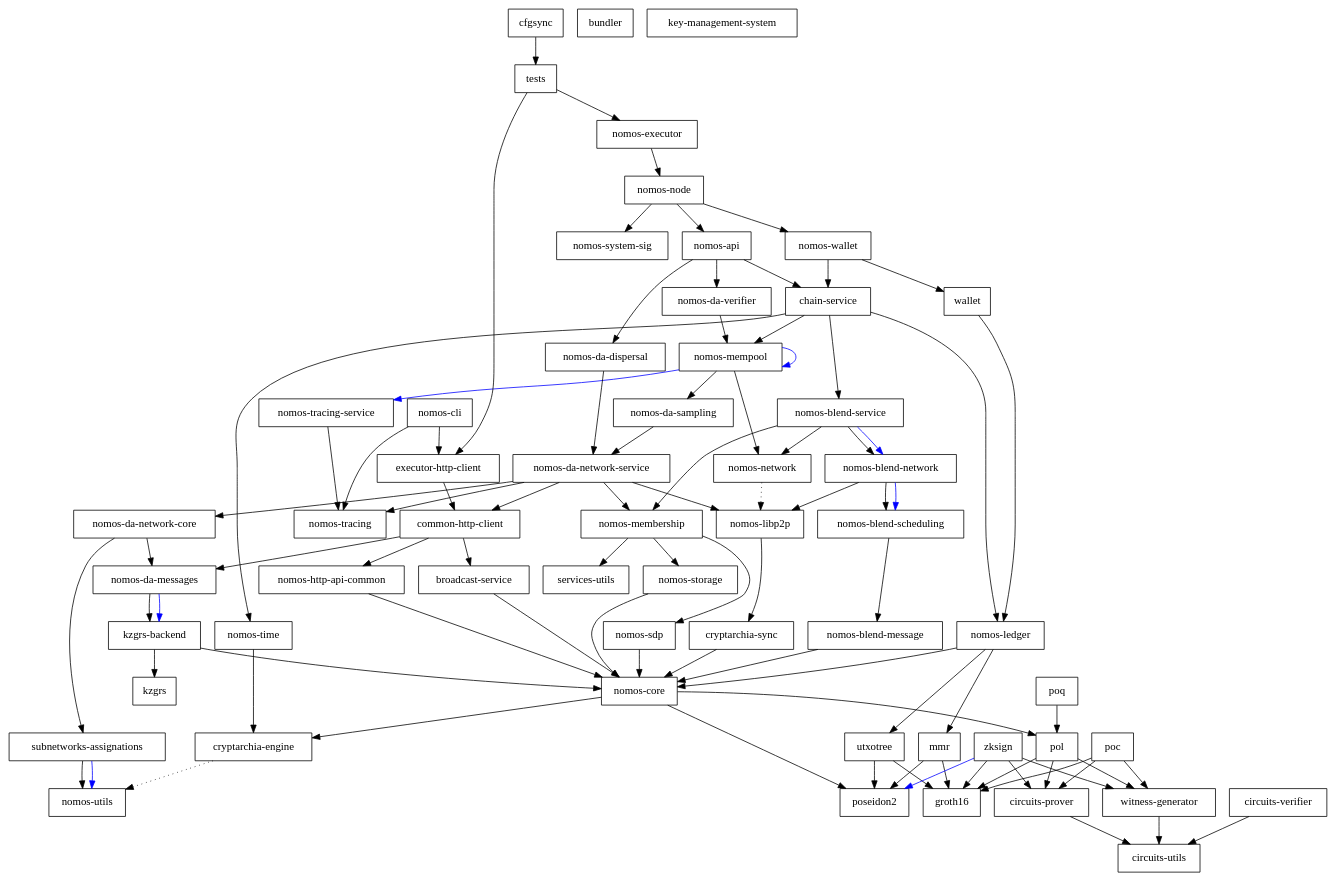
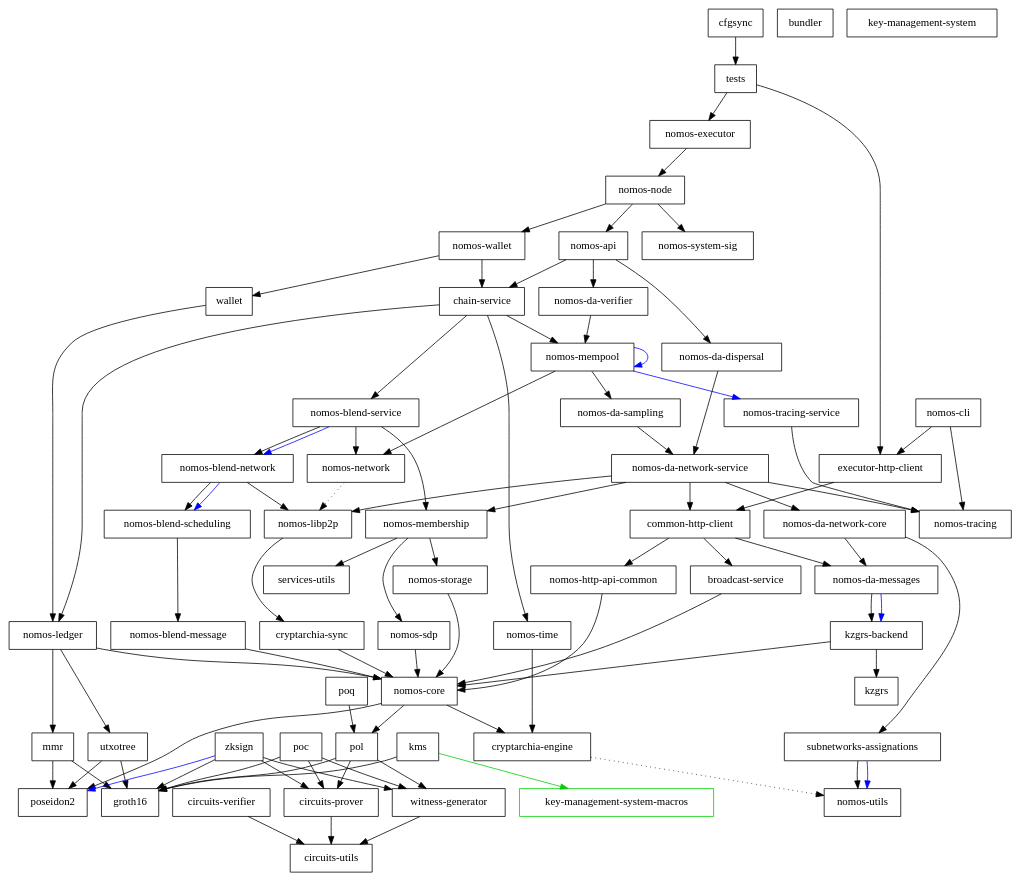
The diagram in dependencies_graph.dot (logos-co/nomos), drawn with Graphviz before and after one commit. The commit also changed 9 other files, not shown here.

Commit message:
Move key management system macros to a different directory.

```diff
--- a/dependencies_graph.dot
+++ b/dependencies_graph.dot
@@ -1,147 +1,151 @@
 digraph {
     0 [ label = "cryptarchia-engine" shape = box]
     1 [ label = "nomos-utils" shape = box]
     2 [ label = "cryptarchia-sync" shape = box]
     3 [ label = "nomos-core" shape = box]
     4 [ label = "groth16" shape = box]
     5 [ label = "pol" shape = box]
     6 [ label = "circuits-prover" shape = box]
     7 [ label = "circuits-utils" shape = box]
     8 [ label = "witness-generator" shape = box]
     9 [ label = "poseidon2" shape = box]
     10 [ label = "nomos-ledger" shape = box]
     11 [ label = "mmr" shape = box]
     12 [ label = "utxotree" shape = box]
     13 [ label = "nomos-http-api-common" shape = box]
     14 [ label = "nomos-executor" shape = box]
     15 [ label = "broadcast-service" shape = box]
     16 [ label = "kzgrs-backend" shape = box]
     17 [ label = "kzgrs" shape = box]
     18 [ label = "nomos-api" shape = box]
     19 [ label = "chain-service" shape = box]
     20 [ label = "nomos-blend-service" shape = box]
     21 [ label = "nomos-blend-message" shape = box]
     22 [ label = "nomos-blend-network" shape = box]
     23 [ label = "nomos-blend-scheduling" shape = box]
     24 [ label = "nomos-libp2p" shape = box]
     25 [ label = "nomos-membership" shape = box]
     26 [ label = "nomos-sdp" shape = box]
     27 [ label = "nomos-storage" shape = box]
     28 [ label = "services-utils" shape = box]
     29 [ label = "nomos-network" shape = box]
     30 [ label = "nomos-da-sampling" shape = box]
     31 [ label = "nomos-da-network-core" shape = box]
     32 [ label = "nomos-da-messages" shape = box]
     33 [ label = "subnetworks-assignations" shape = box]
     34 [ label = "nomos-da-network-service" shape = box]
     35 [ label = "common-http-client" shape = box]
     36 [ label = "nomos-tracing" shape = box]
     37 [ label = "nomos-mempool" shape = box]
     38 [ label = "nomos-tracing-service" shape = box]
     39 [ label = "nomos-time" shape = box]
     40 [ label = "nomos-da-dispersal" shape = box]
     41 [ label = "nomos-da-verifier" shape = box]
     42 [ label = "nomos-node" shape = box]
     43 [ label = "nomos-system-sig" shape = box]
     44 [ label = "nomos-wallet" shape = box]
     45 [ label = "wallet" shape = box]
     46 [ label = "executor-http-client" shape = box]
     47 [ label = "bundler" shape = box]
     48 [ label = "nomos-cli" shape = box]
     49 [ label = "key-management-system" shape = box]
-    50 [ label = "cfgsync" shape = box]
-    51 [ label = "tests" shape = box]
-    52 [ label = "circuits-verifier" shape = box]
-    53 [ label = "poc" shape = box]
-    54 [ label = "poq" shape = box]
-    55 [ label = "zksign" shape = box]
+    50 [ label = "key-management-system-macros" shape = box, color = green3]
+    51 [ label = "kms" shape = box]
+    52 [ label = "cfgsync" shape = box]
+    53 [ label = "tests" shape = box]
+    54 [ label = "circuits-verifier" shape = box]
+    55 [ label = "poc" shape = box]
+    56 [ label = "poq" shape = box]
+    57 [ label = "zksign" shape = box]
     0 -> 1 [ style = dotted]
     2 -> 3 [ ]
     3 -> 0 [ ]
     3 -> 5 [ ]
     3 -> 9 [ ]
     5 -> 6 [ ]
     5 -> 4 [ ]
     5 -> 8 [ ]
     6 -> 7 [ ]
     8 -> 7 [ ]
     10 -> 11 [ ]
     10 -> 3 [ ]
     10 -> 12 [ ]
     11 -> 4 [ ]
     11 -> 9 [ ]
     12 -> 4 [ ]
     12 -> 9 [ ]
     13 -> 3 [ ]
     14 -> 42 [ ]
     15 -> 3 [ ]
     16 -> 17 [ ]
     16 -> 3 [ ]
     18 -> 19 [ ]
     18 -> 40 [ ]
     18 -> 41 [ ]
     19 -> 20 [ ]
     19 -> 10 [ ]
     19 -> 37 [ ]
     19 -> 39 [ ]
     20 -> 22 [ ]
     20 -> 22 [ color = blue]
     20 -> 25 [ ]
     20 -> 29 [ ]
     21 -> 3 [ ]
     22 -> 23 [ ]
     22 -> 23 [ color = blue]
     22 -> 24 [ ]
     23 -> 21 [ ]
     24 -> 2 [ ]
     25 -> 26 [ ]
     25 -> 27 [ ]
     25 -> 28 [ ]
     26 -> 3 [ ]
     27 -> 3 [ ]
     29 -> 24 [ style = dotted]
     30 -> 34 [ ]
     31 -> 32 [ ]
     31 -> 33 [ ]
     32 -> 16 [ ]
     32 -> 16 [ color = blue]
     33 -> 1 [ ]
     33 -> 1 [ color = blue]
     34 -> 35 [ ]
     34 -> 31 [ ]
     34 -> 24 [ ]
     34 -> 25 [ ]
     34 -> 36 [ ]
     35 -> 15 [ ]
     35 -> 32 [ ]
     35 -> 13 [ ]
     37 -> 30 [ ]
     37 -> 37 [ color = blue]
     37 -> 29 [ ]
     37 -> 38 [ color = blue]
     38 -> 36 [ ]
     39 -> 0 [ ]
     40 -> 34 [ ]
     41 -> 37 [ ]
     42 -> 18 [ ]
     42 -> 43 [ ]
     42 -> 44 [ ]
     44 -> 19 [ ]
     44 -> 45 [ ]
     45 -> 10 [ ]
     46 -> 35 [ ]
     48 -> 46 [ ]
     48 -> 36 [ ]
-    50 -> 51 [ ]
-    51 -> 46 [ ]
-    51 -> 14 [ ]
-    52 -> 7 [ ]
-    53 -> 6 [ ]
-    53 -> 4 [ ]
-    53 -> 8 [ ]
-    54 -> 5 [ ]
+    51 -> 4 [ ]
+    51 -> 50 [ color = green3]
+    52 -> 53 [ ]
+    53 -> 46 [ ]
+    53 -> 14 [ ]
+    54 -> 7 [ ]
     55 -> 6 [ ]
     55 -> 4 [ ]
-    55 -> 9 [ color = blue]
     55 -> 8 [ ]
+    56 -> 5 [ ]
+    57 -> 6 [ ]
+    57 -> 4 [ ]
+    57 -> 9 [ color = blue]
+    57 -> 8 [ ]
 }
```
